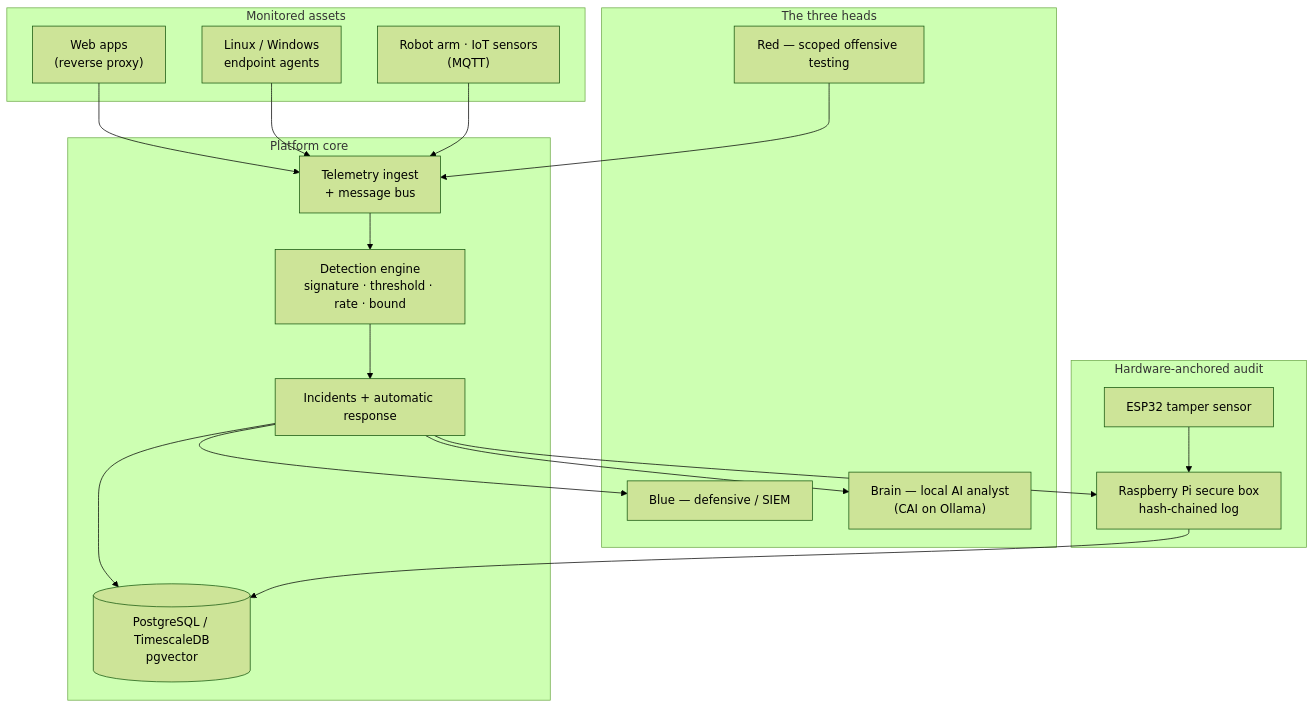
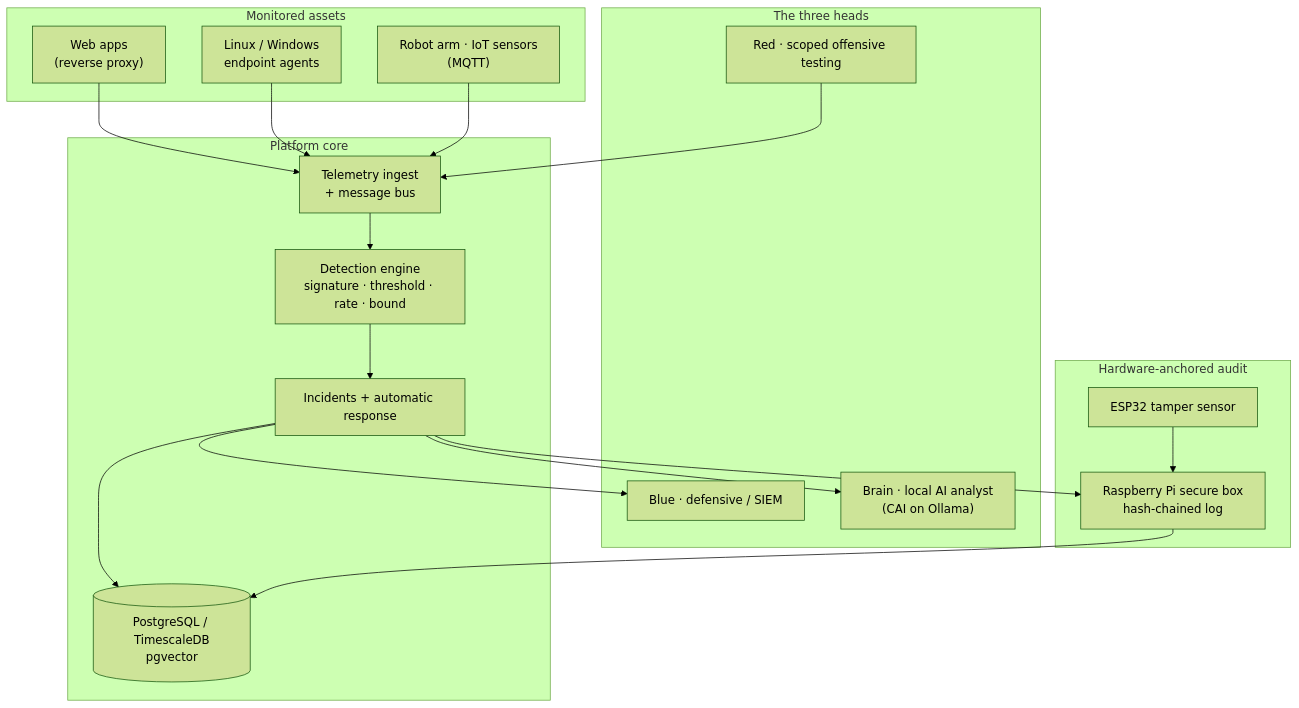
One commit to AlexandruR17/incident-response-platform changed the first of 2 diagrams in README.md. Above: the diagram before and after it, drawn with Mermaid (forest theme). The commit also changed other lines of this file, not shown here.

````diff
--- a/README.md
+++ b/README.md
@@ -42,37 +42,37 @@
 ```mermaid
 flowchart TB
     subgraph Assets["Monitored assets"]
         WEB["Web apps<br/>(reverse proxy)"]
         LIN["Linux / Windows<br/>endpoint agents"]
         OT["Robot arm · IoT sensors<br/>(MQTT)"]
     end
 
     subgraph Core["Platform core"]
         ING["Telemetry ingest<br/>+ message bus"]
         DET["Detection engine<br/>signature · threshold · rate · bound"]
         INC["Incidents + automatic response"]
         DB[("PostgreSQL / TimescaleDB<br/>pgvector")]
     end
 
     subgraph Heads["The three heads"]
-        BLUE["Blue — defensive / SIEM"]
-        RED["Red — scoped offensive testing"]
-        BRAIN["Brain — local AI analyst<br/>(CAI on Ollama)"]
+        BLUE["Blue · defensive / SIEM"]
+        RED["Red · scoped offensive testing"]
+        BRAIN["Brain · local AI analyst<br/>(CAI on Ollama)"]
     end
 
     subgraph Audit["Hardware-anchored audit"]
         PI["Raspberry Pi secure box<br/>hash-chained log"]
         ESP["ESP32 tamper sensor"]
     end
 
     WEB --> ING
     LIN --> ING
     OT --> ING
     ING --> DET --> INC --> DB
     INC --> BLUE
     INC --> BRAIN
     RED --> ING
     INC --> PI
     ESP --> PI
     PI --> DB
 ```
````
